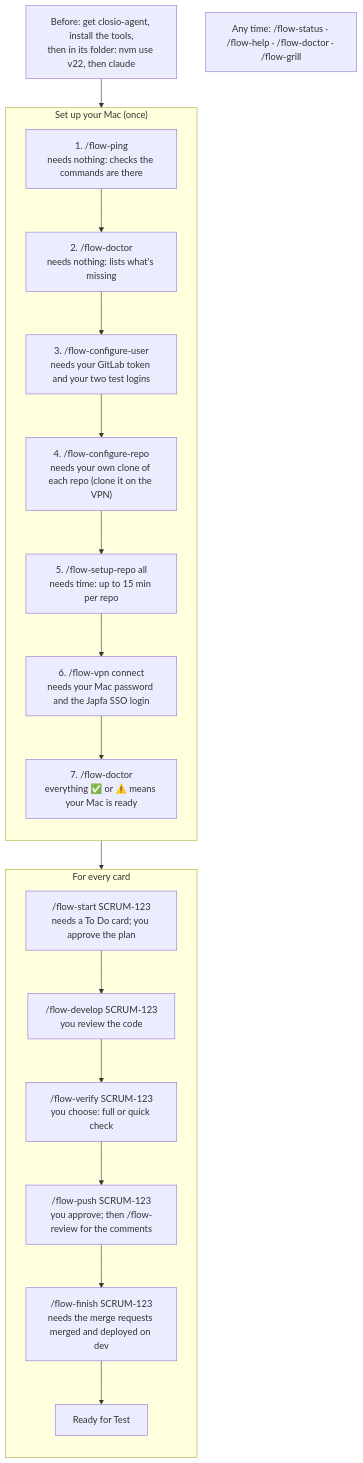
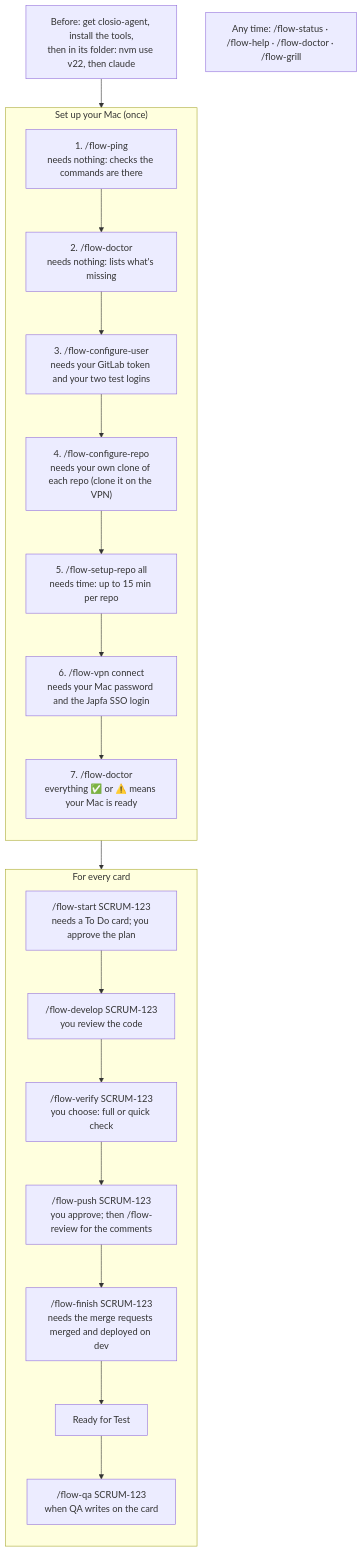
Before and after one commit to manas-shurutech-04/closio_agent: the first of 6 diagrams in docs/user-guide.md, drawn with Mermaid. The commit also changed other lines of this file and 7 other files, not shown here.

Commit message:
Docs: the frontend ruleset and flow-qa (D80, D81)

````diff
--- a/docs/user-guide.md
+++ b/docs/user-guide.md
@@ -13,14 +13,14 @@
 ```mermaid
 flowchart TB
     b["Before: get closio-agent, install the tools,<br/>then in its folder: nvm use v22, then claude"]
     subgraph S["Set up your Mac (once)"]
         direction TB
         s1["1. /flow-ping<br/>needs nothing: checks the commands are there"] --> s2["2. /flow-doctor<br/>needs nothing: lists what's missing"] --> s3["3. /flow-configure-user<br/>needs your GitLab token and your two test logins"] --> s4["4. /flow-configure-repo<br/>needs your own clone of each repo (clone it on the VPN)"] --> s5["5. /flow-setup-repo all<br/>needs time: up to 15 min per repo"] --> s6["6. /flow-vpn connect<br/>needs your Mac password and the Japfa SSO login"] --> s7["7. /flow-doctor<br/>everything ✅ or ⚠️ means your Mac is ready"]
     end
     subgraph K["For every card"]
         direction TB
-        k1["/flow-start SCRUM-123<br/>needs a To Do card; you approve the plan"] --> k2["/flow-develop SCRUM-123<br/>you review the code"] --> k3["/flow-verify SCRUM-123<br/>you choose: full or quick check"] --> k4["/flow-push SCRUM-123<br/>you approve; then /flow-review for the comments"] --> k5["/flow-finish SCRUM-123<br/>needs the merge requests merged and deployed on dev"] --> r["Ready for Test"]
+        k1["/flow-start SCRUM-123<br/>needs a To Do card; you approve the plan"] --> k2["/flow-develop SCRUM-123<br/>you review the code"] --> k3["/flow-verify SCRUM-123<br/>you choose: full or quick check"] --> k4["/flow-push SCRUM-123<br/>you approve; then /flow-review for the comments"] --> k5["/flow-finish SCRUM-123<br/>needs the merge requests merged and deployed on dev"] --> r["Ready for Test"] --> q["/flow-qa SCRUM-123<br/>when QA writes on the card"]
     end
     b --> S --> K
     a["Any time: /flow-status · /flow-help · /flow-doctor · /flow-grill"]
 ```
````
